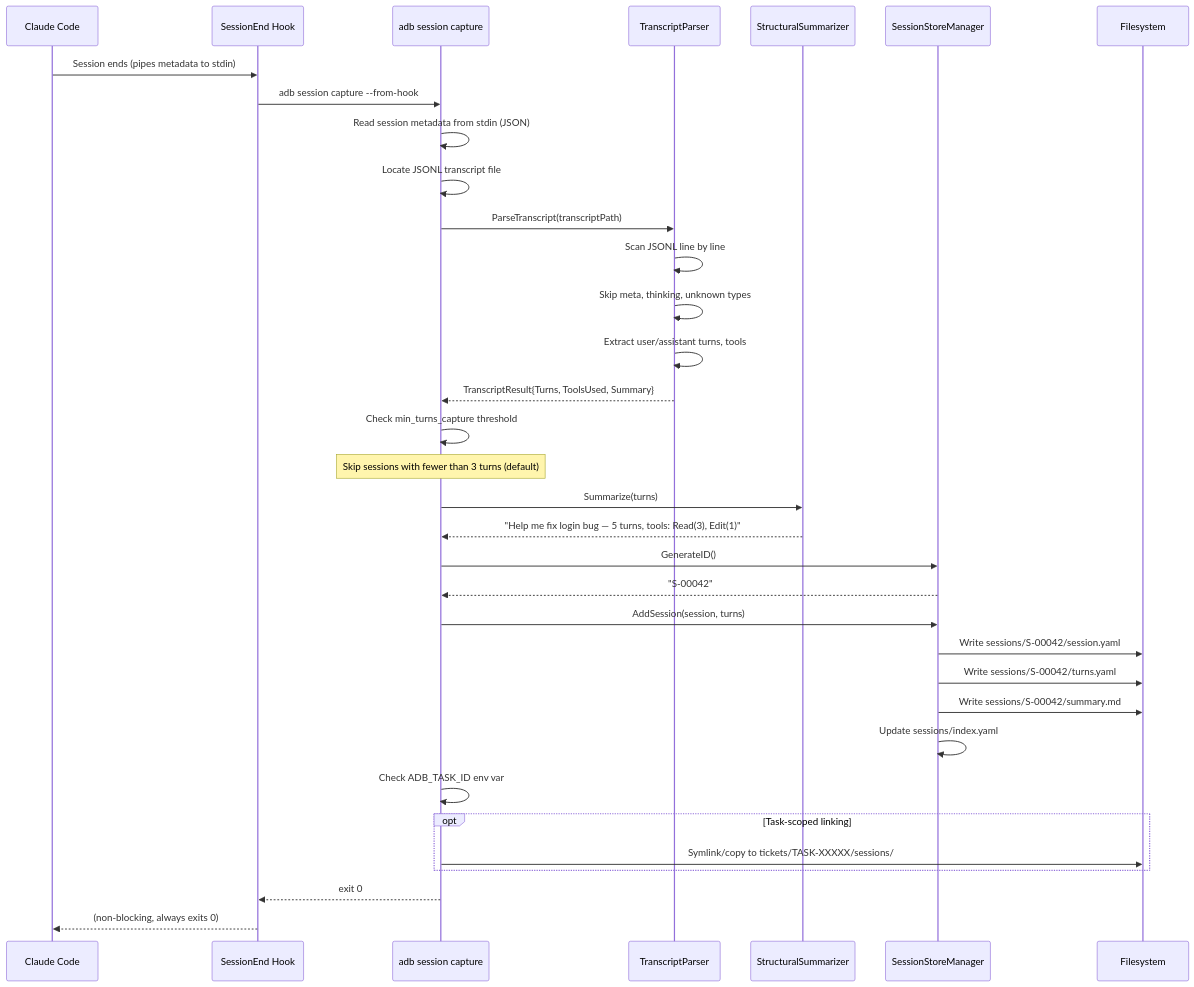
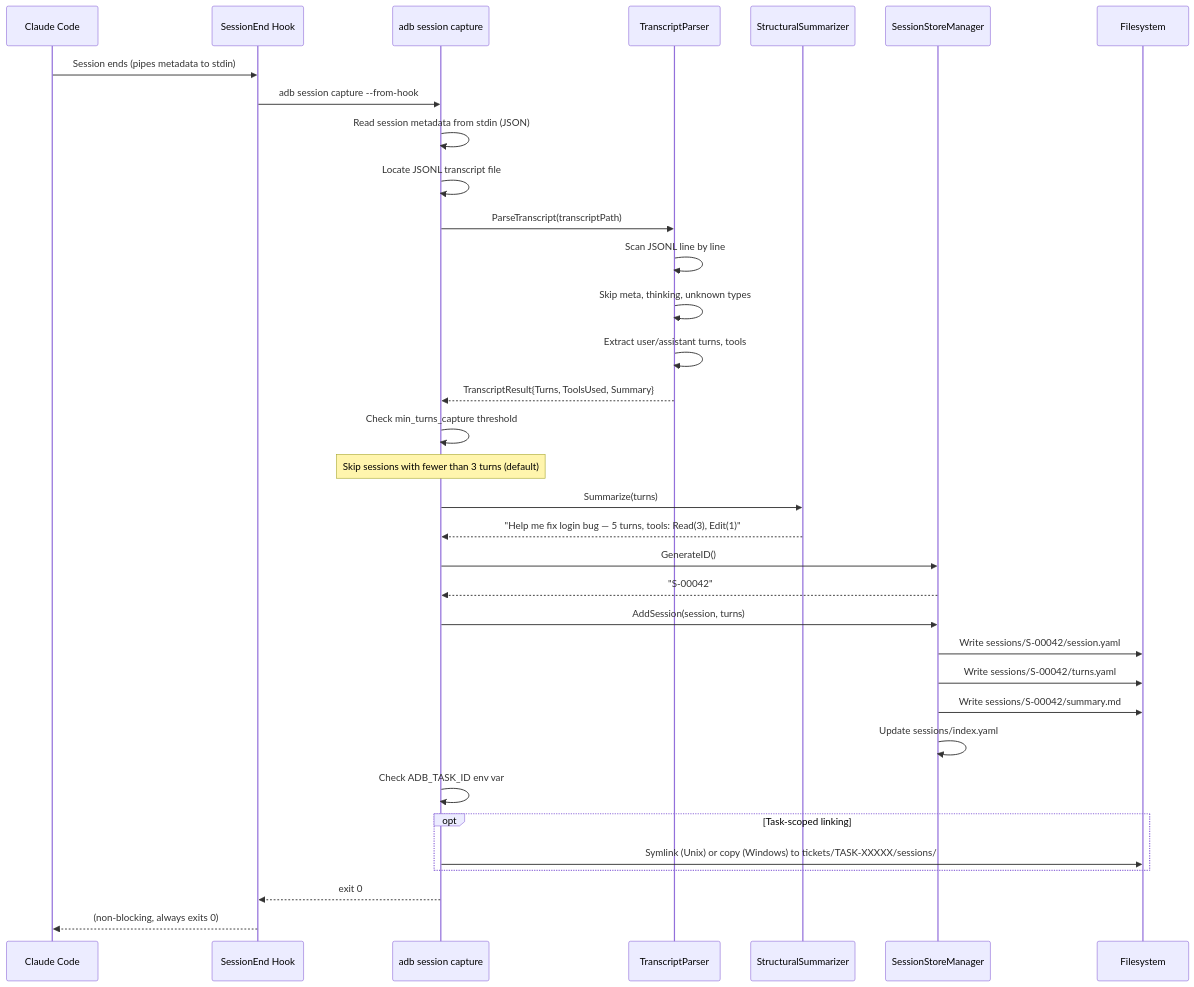
The seventh of 13 diagrams in docs/architecture.md (valter-silva-au/ai-dev-brain), drawn with Mermaid before and after one commit. The commit also changed other lines of this file and 2 other files, not shown here.

Commit message:
docs: fix 18 documentation issues from audit (commands, architecture, staleness)

````diff
--- a/docs/architecture.md
+++ b/docs/architecture.md
@@ -641,45 +662,45 @@
 ```mermaid
 sequenceDiagram
     participant CC as Claude Code
     participant Hook as SessionEnd Hook
     participant CLI as adb session capture
     participant TP as TranscriptParser
     participant SS as StructuralSummarizer
     participant SM as SessionStoreManager
     participant FS as Filesystem
 
     CC->>Hook: Session ends (pipes metadata to stdin)
     Hook->>CLI: adb session capture --from-hook
 
     CLI->>CLI: Read session metadata from stdin (JSON)
     CLI->>CLI: Locate JSONL transcript file
 
     CLI->>TP: ParseTranscript(transcriptPath)
     TP->>TP: Scan JSONL line by line
     TP->>TP: Skip meta, thinking, unknown types
     TP->>TP: Extract user/assistant turns, tools
     TP-->>CLI: TranscriptResult{Turns, ToolsUsed, Summary}
 
     CLI->>CLI: Check min_turns_capture threshold
     Note over CLI: Skip sessions with fewer than 3 turns (default)
 
     CLI->>SS: Summarize(turns)
     SS-->>CLI: "Help me fix login bug — 5 turns, tools: Read(3), Edit(1)"
 
     CLI->>SM: GenerateID()
     SM-->>CLI: "S-00042"
 
     CLI->>SM: AddSession(session, turns)
     SM->>FS: Write sessions/S-00042/session.yaml
     SM->>FS: Write sessions/S-00042/turns.yaml
     SM->>FS: Write sessions/S-00042/summary.md
     SM->>SM: Update sessions/index.yaml
 
     CLI->>CLI: Check ADB_TASK_ID env var
     opt Task-scoped linking
-        CLI->>FS: Symlink/copy to tickets/TASK-XXXXX/sessions/
+        CLI->>FS: Symlink (Unix) or copy (Windows) to tickets/TASK-XXXXX/sessions/
     end
 
     CLI-->>Hook: exit 0
     Hook-->>CC: (non-blocking, always exits 0)
 ```
````
